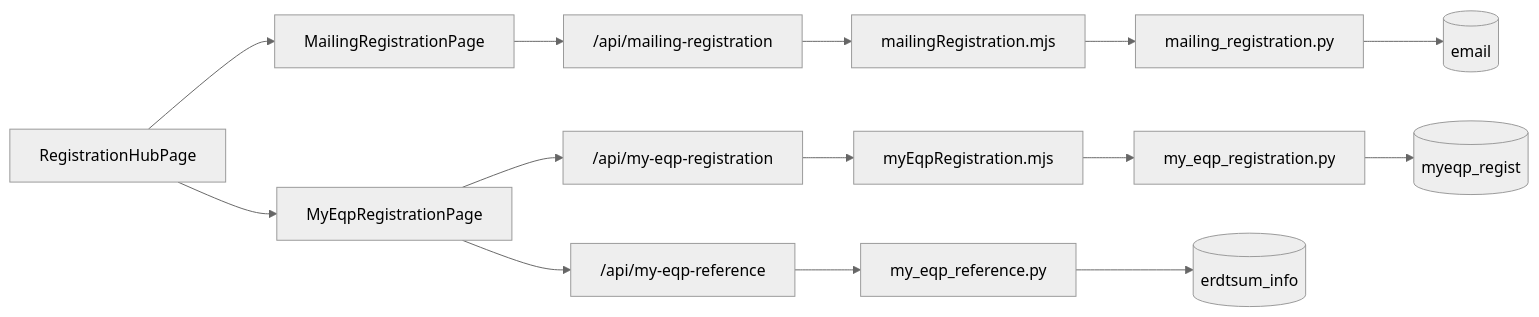
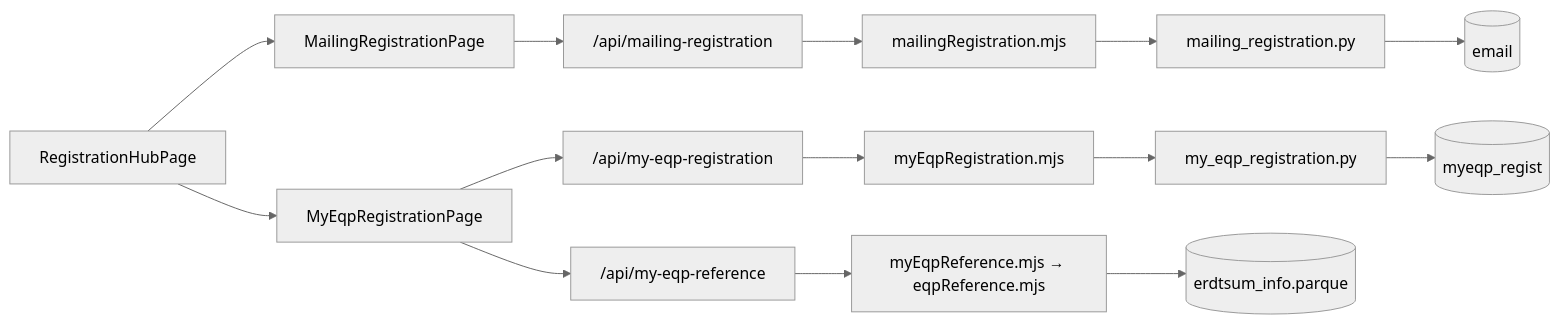
Before and after one commit to mlbarod/l0_spider_scs: the tenth of 12 diagrams in web_structure.md, drawn with Mermaid (neutral theme). The commit also changed other lines of this file and 9 other files, not shown here.

````diff
--- a/web_structure.md
+++ b/web_structure.md
@@ -437,21 +437,21 @@
 ```mermaid
 flowchart LR
     HUB["RegistrationHubPage"]
     MAIL["MailingRegistrationPage"]
     MY["MyEqpRegistrationPage"]
     MAILAPI["/api/mailing-registration"]
     MYAPI["/api/my-eqp-registration"]
     REFAPI["/api/my-eqp-reference"]
     MAILNODE["mailingRegistration.mjs"]
     MYNODE["myEqpRegistration.mjs"]
     PYMAIL["mailing_registration.py"]
     PYMY["my_eqp_registration.py"]
-    PYREF["my_eqp_reference.py"]
+    PYREF["myEqpReference.mjs → eqpReference.mjs"]
     EMAIL[("email")]
     REG[("myeqp_regist")]
-    REF[("erdtsum_info")]
+    REF[("erdtsum_info.parque")]
 
     HUB --> MAIL --> MAILAPI --> MAILNODE --> PYMAIL --> EMAIL
     HUB --> MY --> MYAPI --> MYNODE --> PYMY --> REG
     MY --> REFAPI --> PYREF --> REF
 ```
````
